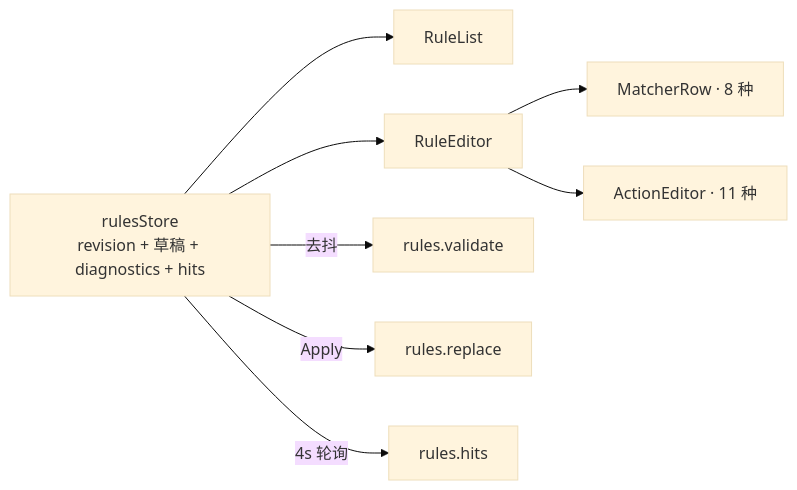
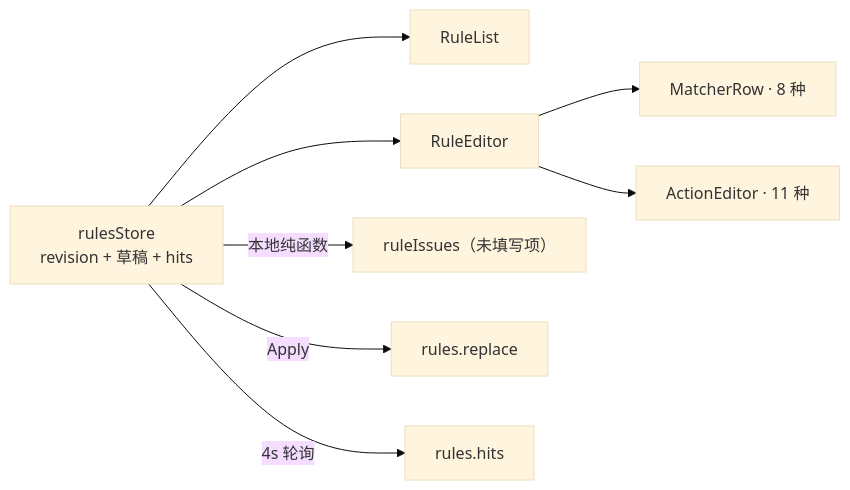
Before and after one commit to zhxmt-xm/Interceptor: the sixth of 6 diagrams in architecture/feature-rules.md, drawn with Mermaid (base theme). The commit also changed other lines of this file and 38 other files, not shown here.

````diff
--- a/architecture/feature-rules.md
+++ b/architecture/feature-rules.md
@@ -410,10 +406,10 @@
 ```mermaid
 flowchart LR
-    A["rulesStore<br/>revision + 草稿 + diagnostics + hits"] --> B["RuleList"]
+    A["rulesStore<br/>revision + 草稿 + hits"] --> B["RuleList"]
     A --> C["RuleEditor"]
     C --> D["MatcherRow · 8 种"]
     C --> E["ActionEditor · 11 种"]
-    A -->|"去抖"| F["rules.validate"]
+    A -->|"本地纯函数"| F["ruleIssues（未填写项）"]
     A -->|"Apply"| G["rules.replace"]
     A -->|"4s 轮询"| H["rules.hits"]
 ```
````
